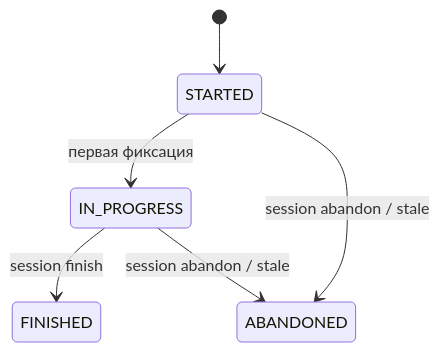
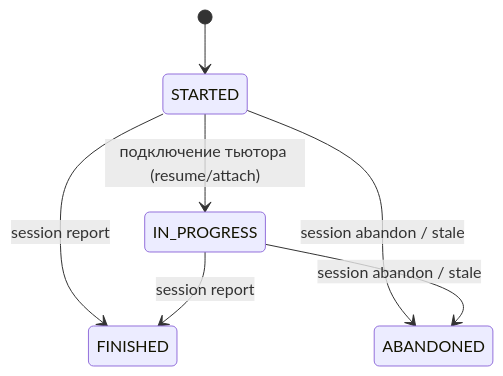
The first of 2 diagrams in wiki/modules/lessons.md (alexmaralless-bit/english-memory-trainer), drawn with Mermaid before and after one commit. The commit also changed other lines of this file and 539 other files, not shown here.

````diff
--- a/wiki/modules/lessons.md
+++ b/wiki/modules/lessons.md
@@ -18,8 +18,9 @@
 ```mermaid
 stateDiagram-v2
     [*] --> STARTED
-    STARTED --> IN_PROGRESS: первая фиксация
+    STARTED --> IN_PROGRESS: подключение тьютора (resume/attach)
+    STARTED --> FINISHED: session report
+    IN_PROGRESS --> FINISHED: session report
     STARTED --> ABANDONED: session abandon / stale
-    IN_PROGRESS --> FINISHED: session finish
     IN_PROGRESS --> ABANDONED: session abandon / stale
 ```
````
